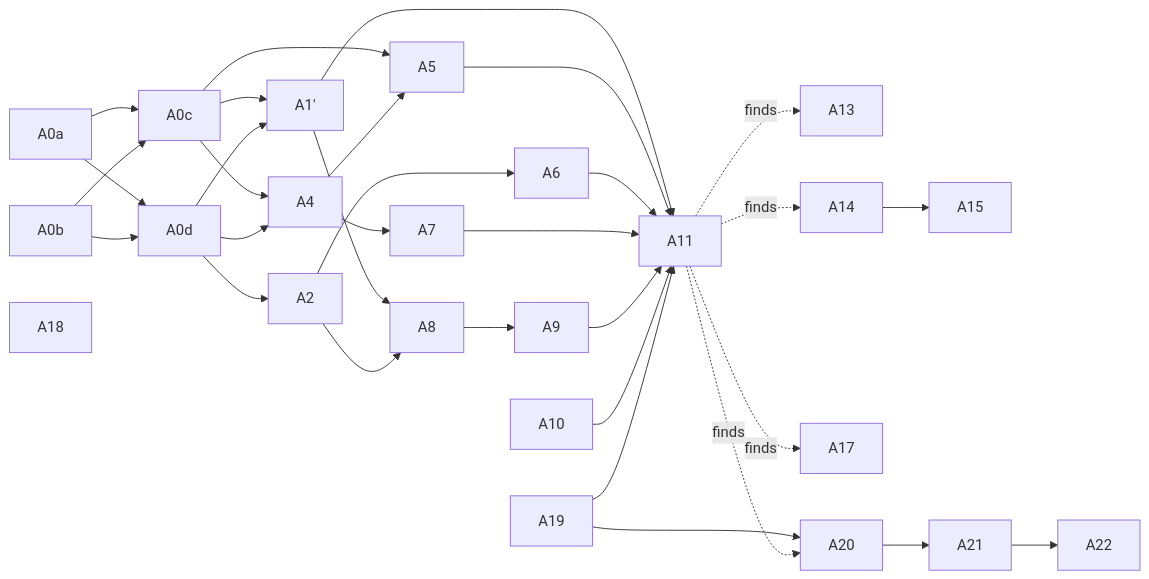
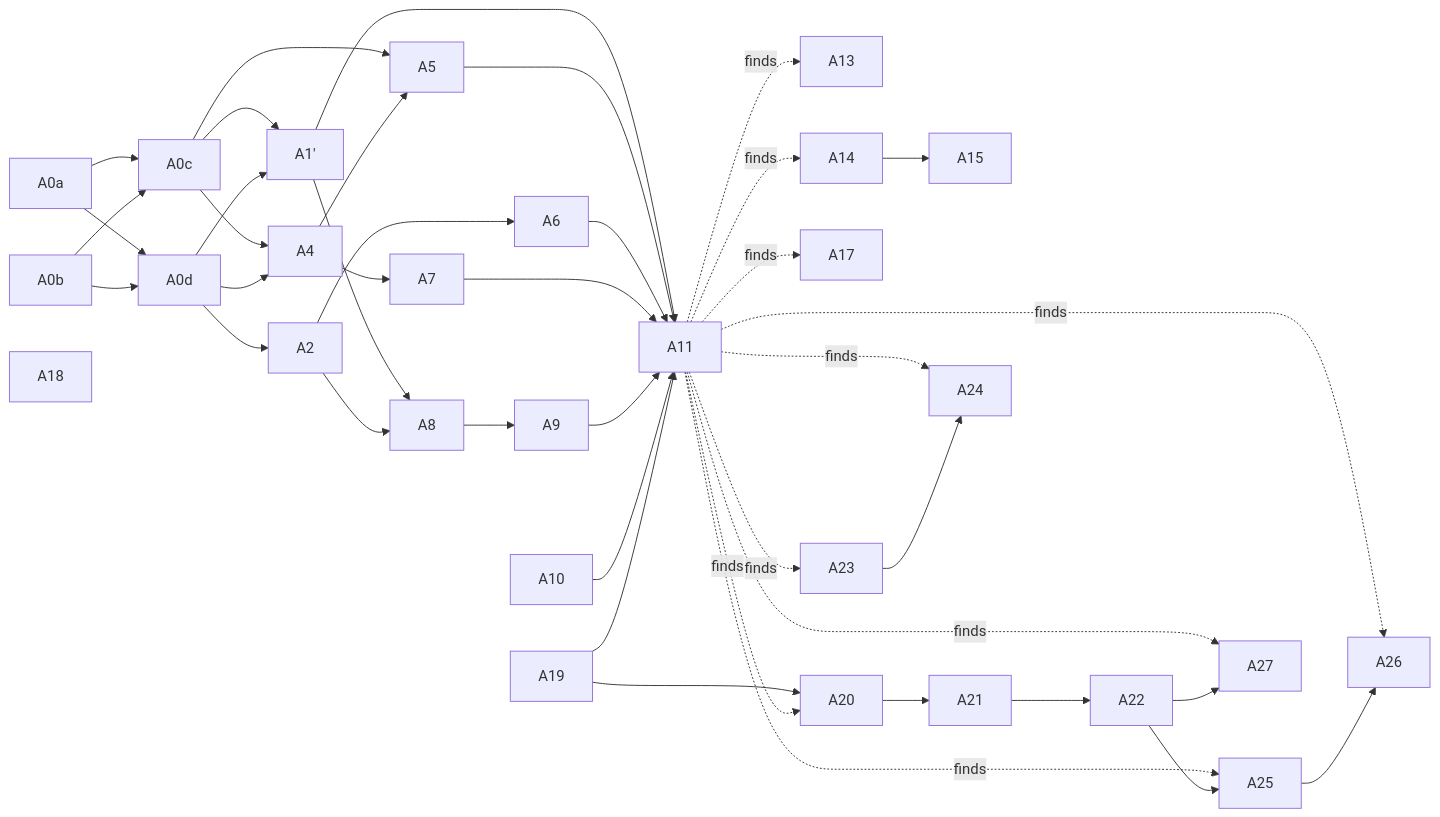
The diagram in docs/specs/automations/tickets/README.md (Rainnystone/larkent), drawn with Mermaid before and after one commit. The commit also changed other lines of this file and 3 other files, not shown here.

Commit message:
docs(automations): add A27 confirm card fire count; README rows + graph edges for A23–A27; A21 amended-by-A26 note; A11 r5 findings

````diff
--- a/docs/specs/automations/tickets/README.md
+++ b/docs/specs/automations/tickets/README.md
@@ -51,31 +58,40 @@
 ```mermaid
 graph LR
   A0a --> A0c
   A0b --> A0c
   A0a --> A0d
   A0b --> A0d
   A0c --> A1p["A1'"]
   A0d --> A1p
   A0d --> A2
   A0c --> A4
   A0d --> A4
   A0c --> A5
   A4 --> A5
   A2 --> A6
   A4 --> A7
   A1p --> A8
   A2 --> A8
   A8 --> A9
   A10
   A1p & A5 & A6 & A7 & A9 & A10 --> A11
   A11 -.finds.-> A13
   A11 -.finds.-> A14
   A14 --> A15
   A11 -.finds.-> A17
   A18
   A19 --> A11
   A19 --> A20
   A11 -.finds.-> A20
   A20 --> A21
   A21 --> A22
+  A11 -.finds.-> A23
+  A11 -.finds.-> A24
+  A11 -.finds.-> A25
+  A11 -.finds.-> A26
+  A11 -.finds.-> A27
+  A23 --> A24
+  A22 --> A25
+  A25 --> A26
+  A22 --> A27
 ```
````
